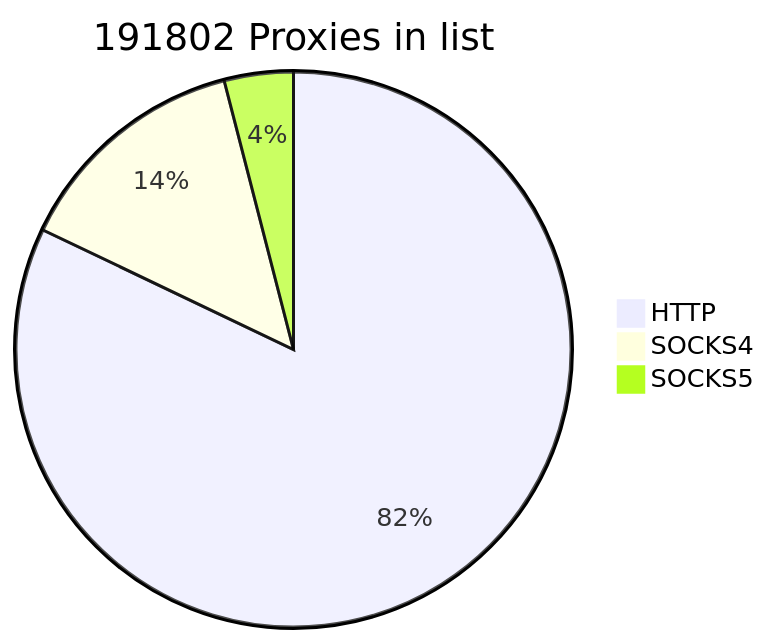
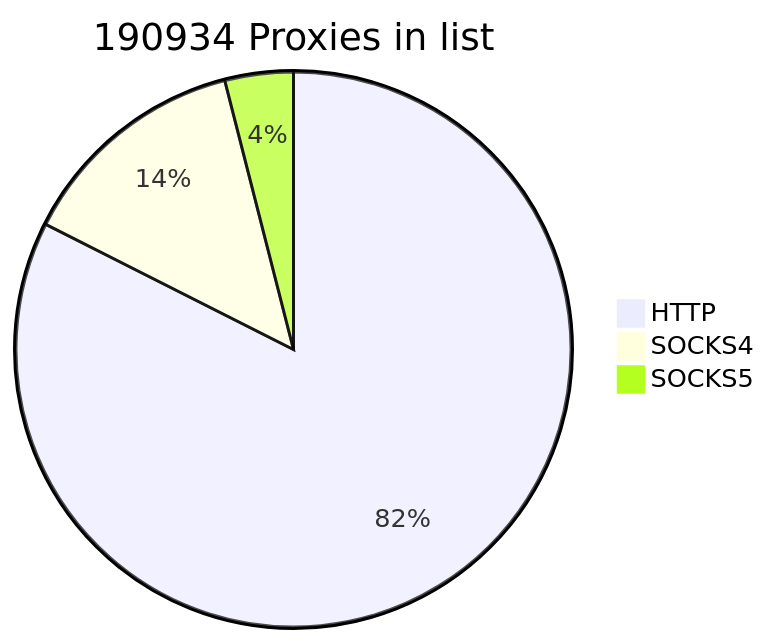
The first of 2 diagrams in README.md (cutipu/proxylist), drawn with Mermaid before and after one commit. The commit also changed other lines of this file, not shown here.

````diff
--- a/README.md
+++ b/README.md
@@ -2,7 +2,7 @@
 ```mermaid
-pie title 191802 Proxies in list
-    "HTTP" : 157443
-    "SOCKS4" : 26658
-    "SOCKS5" : 7701
+pie title 190934 Proxies in list
+    "HTTP" : 157414
+    "SOCKS4" : 25918
+    "SOCKS5" : 7602
             
 ```
````
